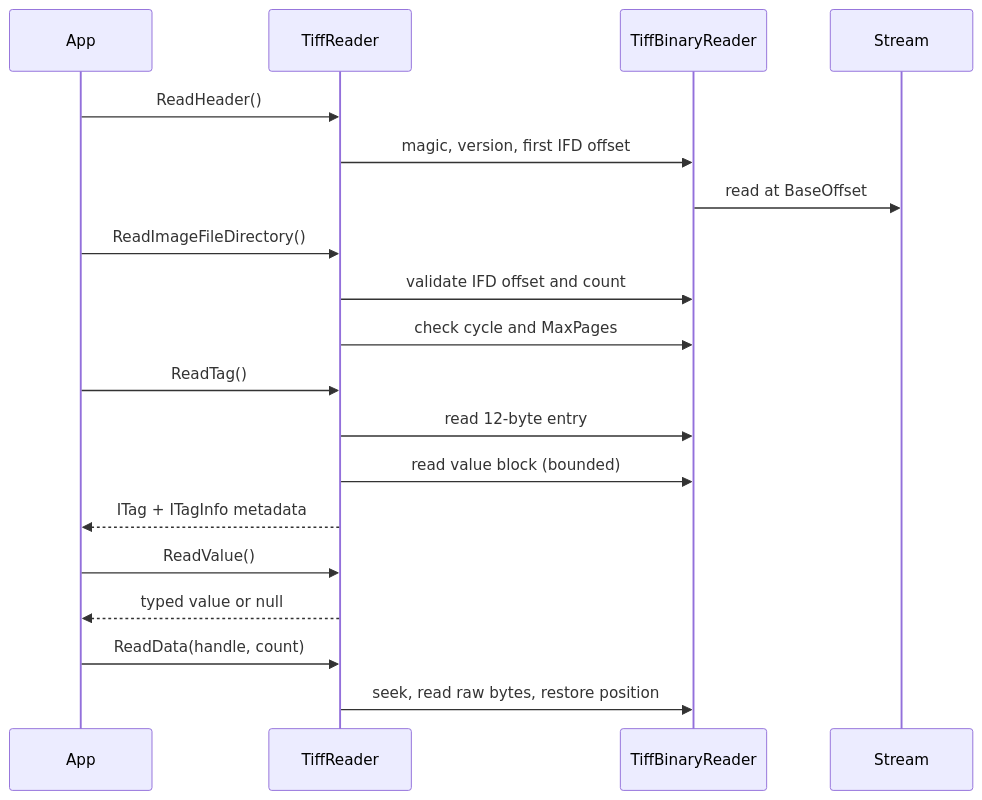
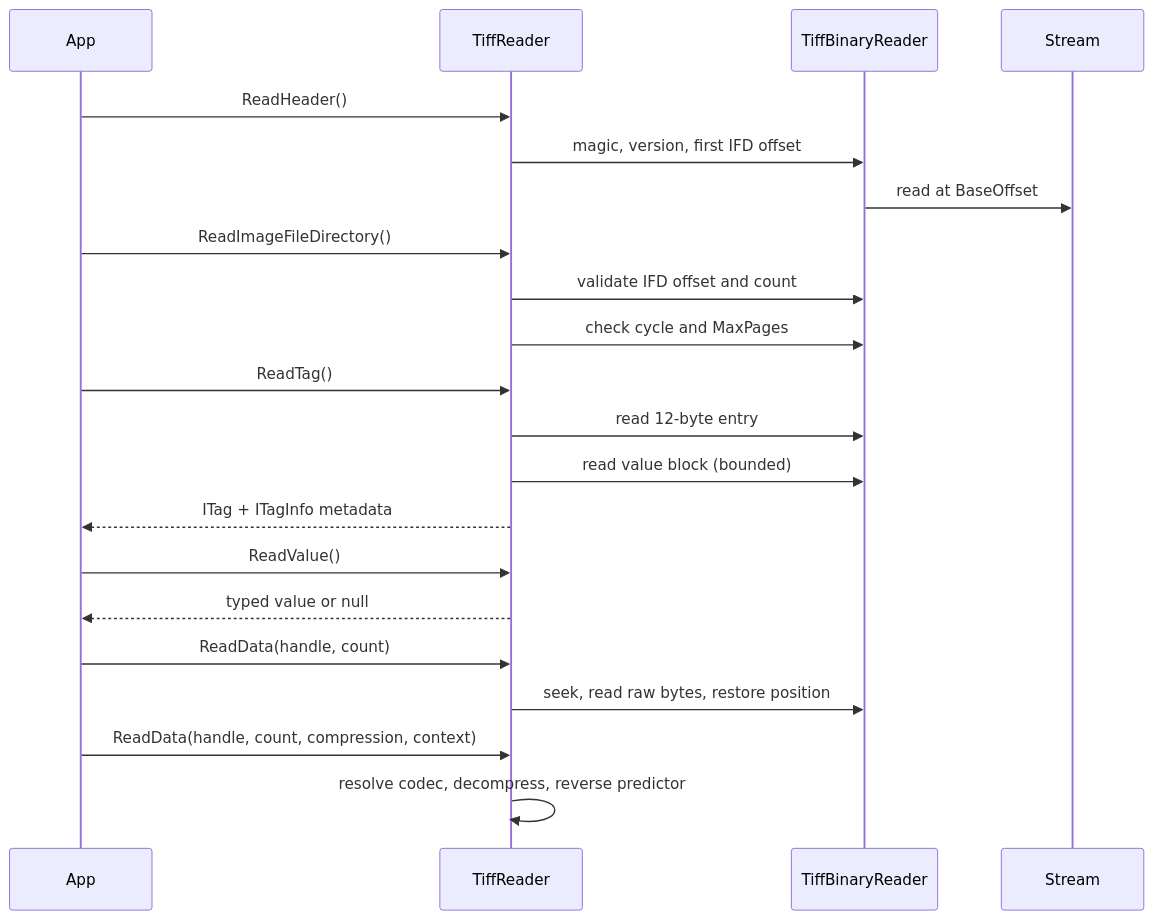
The first of 2 diagrams in sarafftiff/reader.md (saraff-9EB1047A4BEB4cef8506B29BA325BD5A/saraff-9EB1047A4BEB4cef8506B29BA325BD5A.github.io), drawn with Mermaid before and after one commit. The commit also changed other lines of this file and 9 other files, not shown here.

````diff
--- a/sarafftiff/reader.md
+++ b/sarafftiff/reader.md
@@ -10,22 +11,24 @@
 ```mermaid
 sequenceDiagram
     participant App
     participant R as TiffReader
     participant BR as TiffBinaryReader
     participant S as Stream
 
     App->>R: ReadHeader()
     R->>BR: magic, version, first IFD offset
     BR->>S: read at BaseOffset
     App->>R: ReadImageFileDirectory()
     R->>BR: validate IFD offset and count
     R->>BR: check cycle and MaxPages
     App->>R: ReadTag()
     R->>BR: read 12-byte entry
     R->>BR: read value block (bounded)
     R-->>App: ITag + ITagInfo metadata
     App->>R: ReadValue()
     R-->>App: typed value or null
     App->>R: ReadData(handle, count)
     R->>BR: seek, read raw bytes, restore position
+    App->>R: ReadData(handle, count, compression, context)
+    R->>R: resolve codec, decompress, reverse predictor
 ```
````
